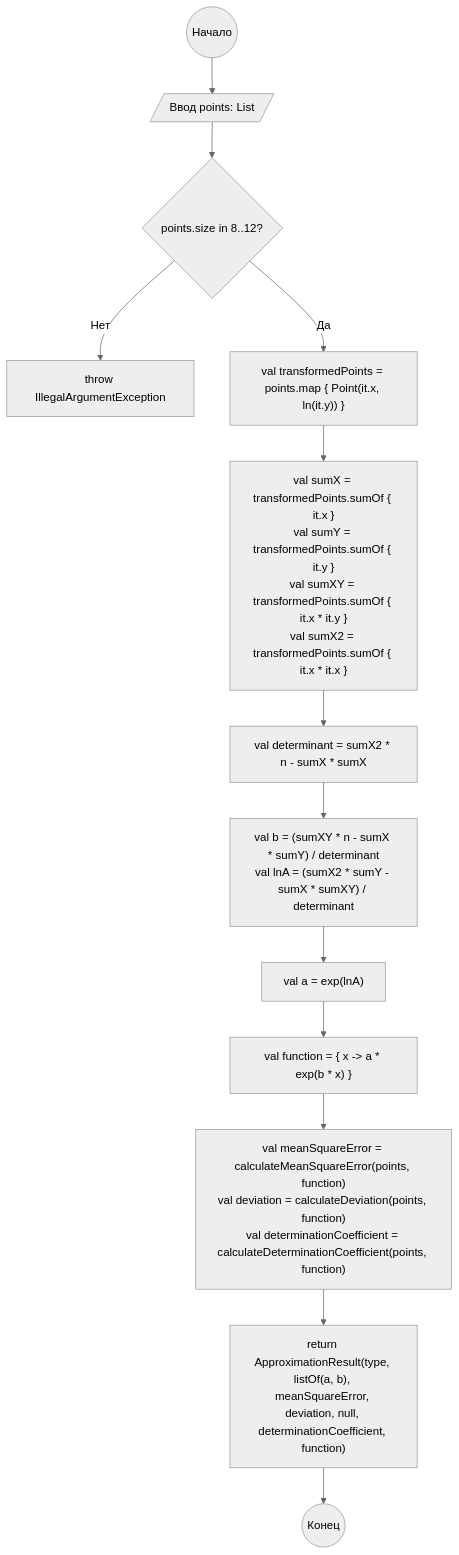
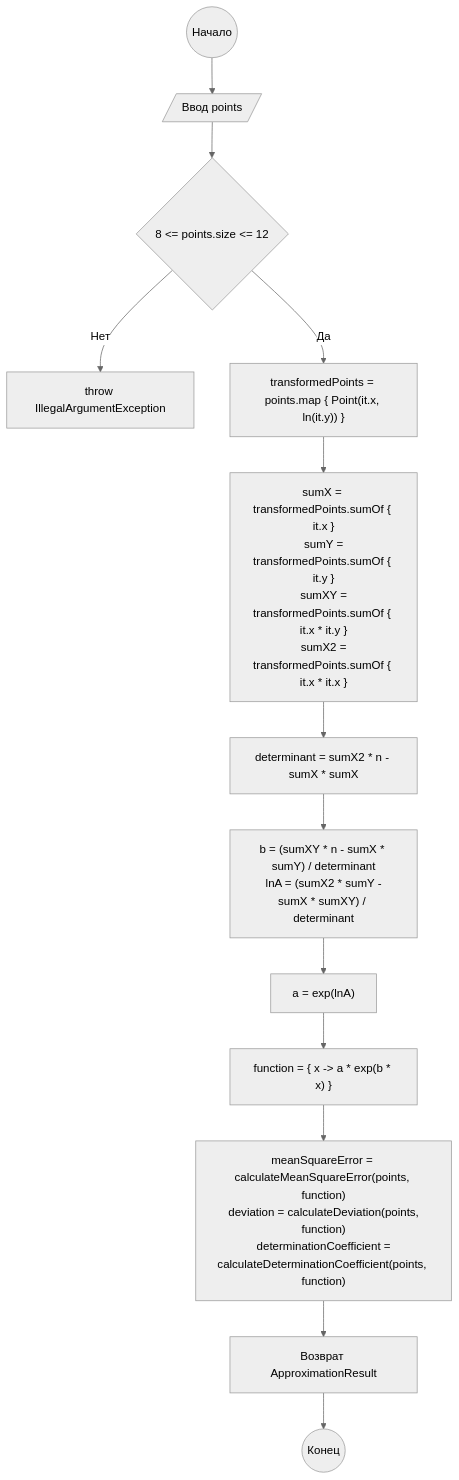
Before and after one commit to arekalov/CompMat-lab4: the diagram in docs/schemes/exponential_approximator.mmd, drawn with Mermaid (neutral theme). The commit also changed 6 other files, not shown here.

```diff
--- a/docs/schemes/exponential_approximator.mmd
+++ b/docs/schemes/exponential_approximator.mmd
@@ -1,13 +1,13 @@
 flowchart TD
-    A(("Начало")) --> B[/"Ввод points: List<Point>"/]
-    B --> C{"points.size in 8..12?"}
+    A(("Начало")) --> B[/"Ввод points"/]
+    B --> C{"8 <= points.size <= 12"}
     C -->|"Нет"| D["throw IllegalArgumentException"]
-    C -->|"Да"| E["val transformedPoints = points.map { Point(it.x, ln(it.y)) }"]
-    E --> F["val sumX = transformedPoints.sumOf { it.x }\nval sumY = transformedPoints.sumOf { it.y }\nval sumXY = transformedPoints.sumOf { it.x * it.y }\nval sumX2 = transformedPoints.sumOf { it.x * it.x }"]
-    F --> G["val determinant = sumX2 * n - sumX * sumX"]
-    G --> H["val b = (sumXY * n - sumX * sumY) / determinant\nval lnA = (sumX2 * sumY - sumX * sumXY) / determinant"]
-    H --> I["val a = exp(lnA)"]
-    I --> J["val function = { x -> a * exp(b * x) }"]
-    J --> K["val meanSquareError = calculateMeanSquareError(points, function)\nval deviation = calculateDeviation(points, function)\nval determinationCoefficient = calculateDeterminationCoefficient(points, function)"]
-    K --> L["return ApproximationResult(type, listOf(a, b), meanSquareError, deviation, null, determinationCoefficient, function)"]
+    C -->|"Да"| E[" transformedPoints = points.map { Point(it.x, ln(it.y)) }"]
+    E --> F[" sumX = transformedPoints.sumOf { it.x }\n sumY = transformedPoints.sumOf { it.y }\n sumXY = transformedPoints.sumOf { it.x * it.y }\n sumX2 = transformedPoints.sumOf { it.x * it.x }"]
+    F --> G[" determinant = sumX2 * n - sumX * sumX"]
+    G --> H[" b = (sumXY * n - sumX * sumY) / determinant\n lnA = (sumX2 * sumY - sumX * sumXY) / determinant"]
+    H --> I[" a = exp(lnA)"]
+    I --> J[" function = { x -> a * exp(b * x) }"]
+    J --> K[" meanSquareError = calculateMeanSquareError(points, function)\n deviation = calculateDeviation(points, function)\n determinationCoefficient = calculateDeterminationCoefficient(points, function)"]
+    K --> L["Возврат ApproximationResult"]
     L --> M(("Конец"))
```
